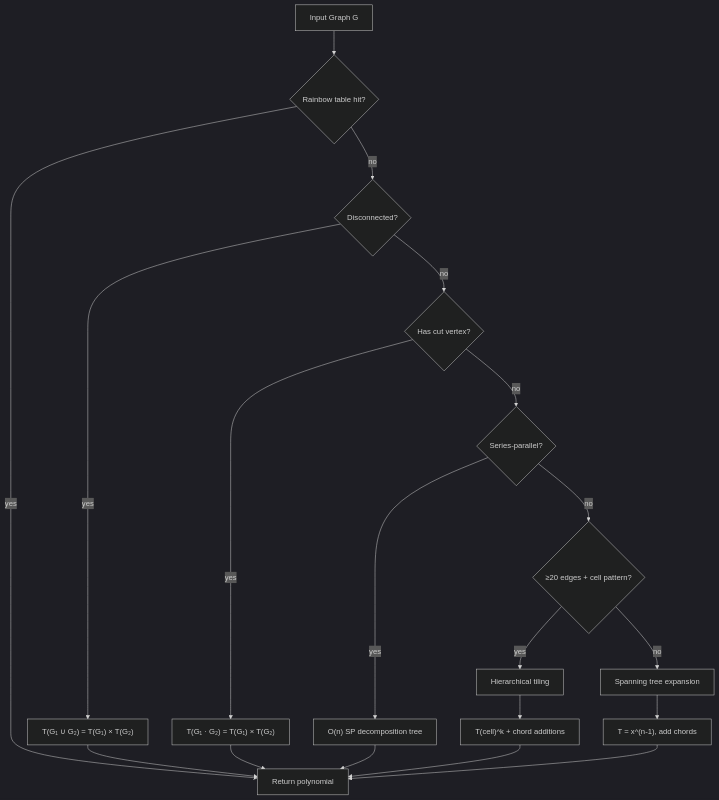
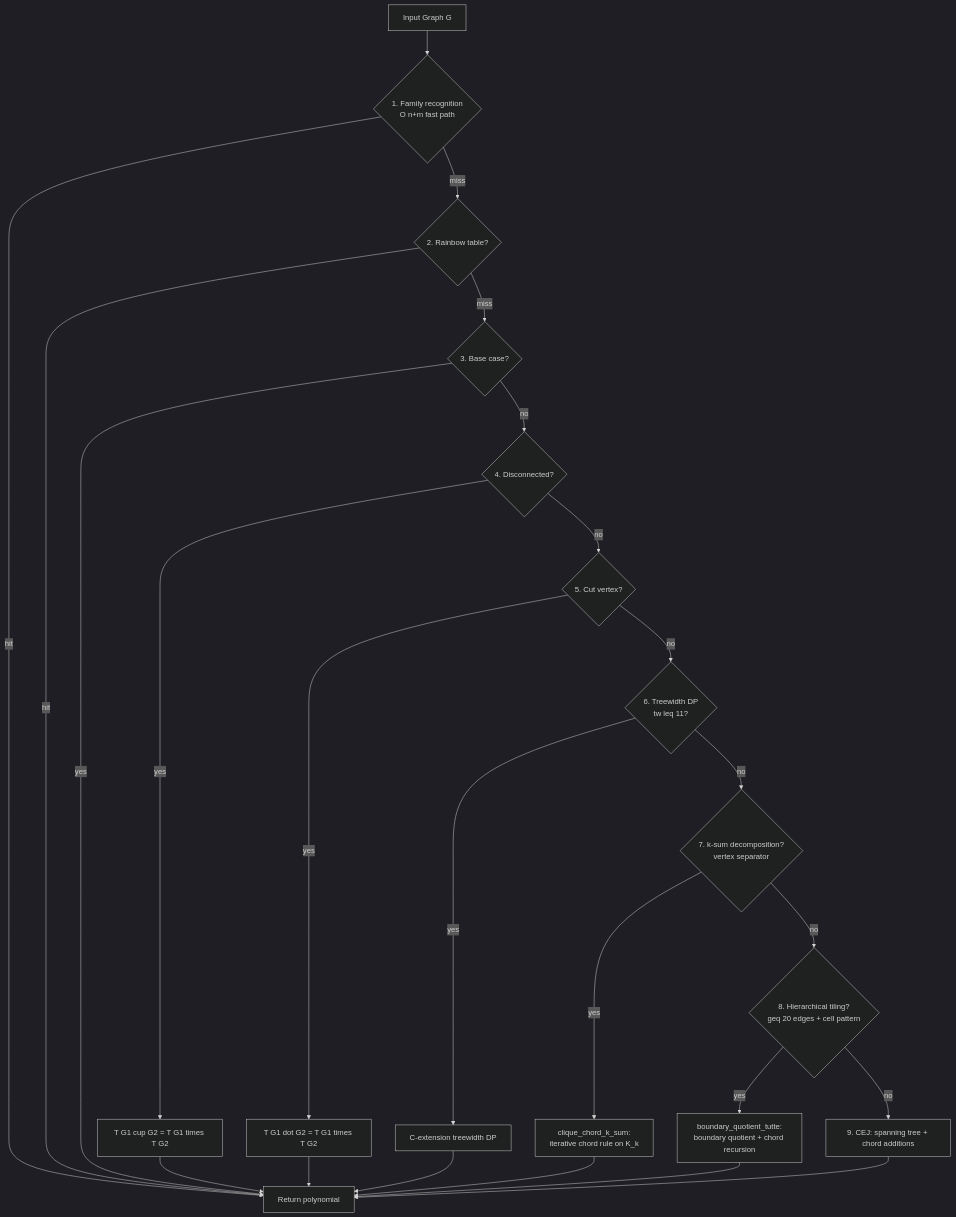
The second of 2 diagrams in tutte/README.md (QuipNetwork/quip-protocol), drawn with Mermaid (dark theme) before and after one commit. The commit also changed other lines of this file and 49 other files, not shown here.

Commit message:
Add algebraic chord rule, k-matching, and rooted tutte polynomial methods to make Cm3 tractable

````diff
--- a/tutte/README.md
+++ b/tutte/README.md
@@ -44,21 +45,26 @@
 ```mermaid
 graph TD
-    A[Input Graph G] --> B{Rainbow table hit?}
-    B -->|yes| Z[Return polynomial]
-    B -->|no| C{Disconnected?}
-    C -->|yes| D["T(G₁ ∪ G₂) = T(G₁) × T(G₂)"]
-    D --> Z
-    C -->|no| E{Has cut vertex?}
-    E -->|yes| F["T(G₁ · G₂) = T(G₁) × T(G₂)"]
-    F --> Z
-    E -->|no| G{Series-parallel?}
-    G -->|yes| H["O(n) SP decomposition tree"]
-    H --> Z
-    G -->|no| I{≥20 edges + cell pattern?}
-    I -->|yes| J[Hierarchical tiling]
-    J --> K["T(cell)^k + chord additions"]
-    K --> Z
-    I -->|no| L[Spanning tree expansion]
-    L --> M["T = x^(n-1), add chords"]
-    M --> Z
+    A[Input Graph G] --> Z{1. Family recognition\nO n+m fast path}
+    Z -->|hit| R[Return polynomial]
+    Z -->|miss| B{2. Rainbow table?}
+    B -->|hit| R
+    B -->|miss| C{3. Base case?}
+    C -->|yes| R
+    C -->|no| D{4. Disconnected?}
+    D -->|yes| D1["T G1 cup G2 = T G1 times T G2"]
+    D1 --> R
+    D -->|no| E{5. Cut vertex?}
+    E -->|yes| E1["T G1 dot G2 = T G1 times T G2"]
+    E1 --> R
+    E -->|no| F{6. Treewidth DP\ntw leq 11?}
+    F -->|yes| F1[C-extension treewidth DP]
+    F1 --> R
+    F -->|no| G{7. k-sum decomposition?\nvertex separator}
+    G -->|yes| G1[clique_chord_k_sum:\niterative chord rule on K_k]
+    G1 --> R
+    G -->|no| H{8. Hierarchical tiling?\ngeq 20 edges + cell pattern}
+    H -->|yes| H1[boundary_quotient_tutte:\nboundary quotient + chord recursion]
+    H1 --> R
+    H -->|no| I[9. CEJ: spanning tree + chord additions]
+    I --> R
 ```
````
